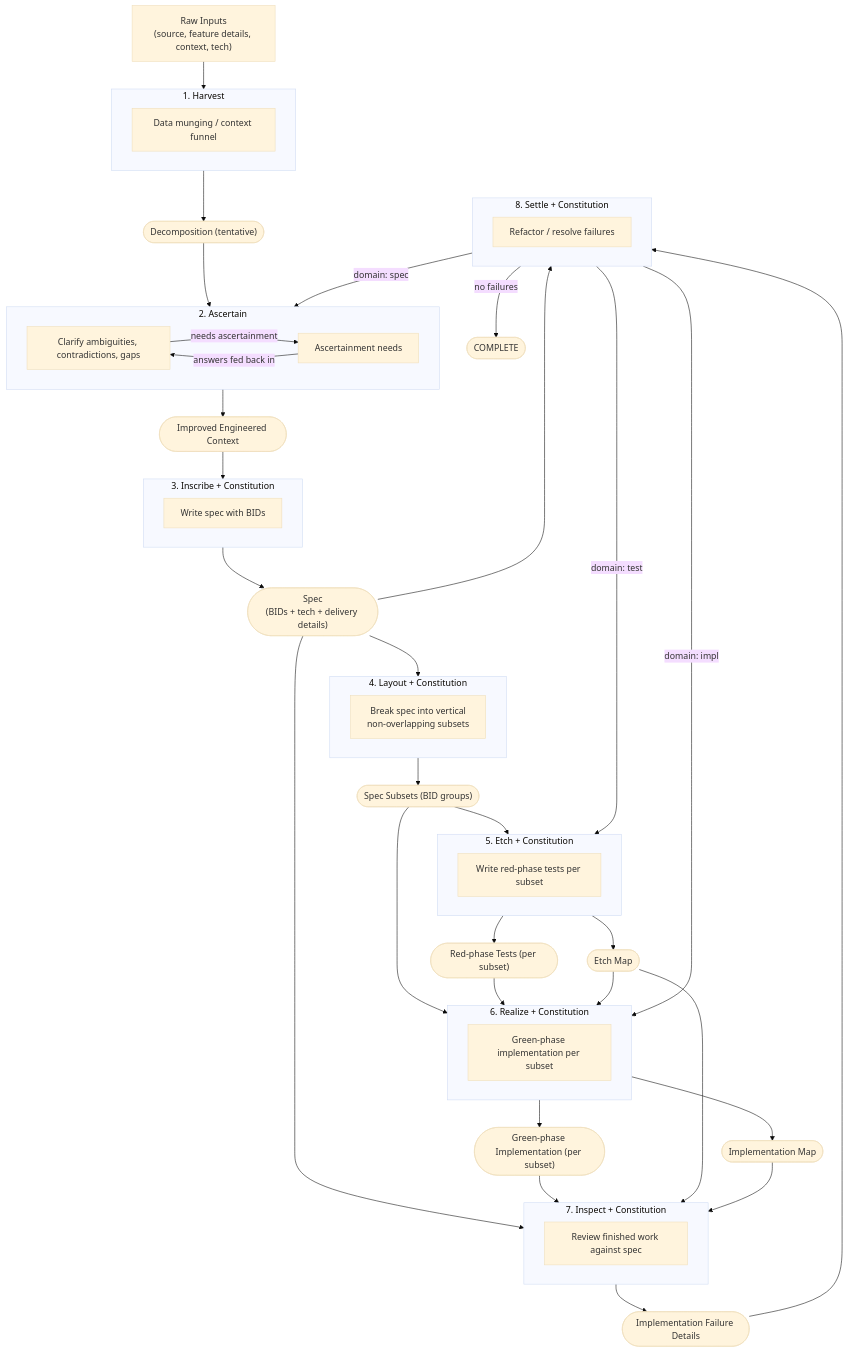
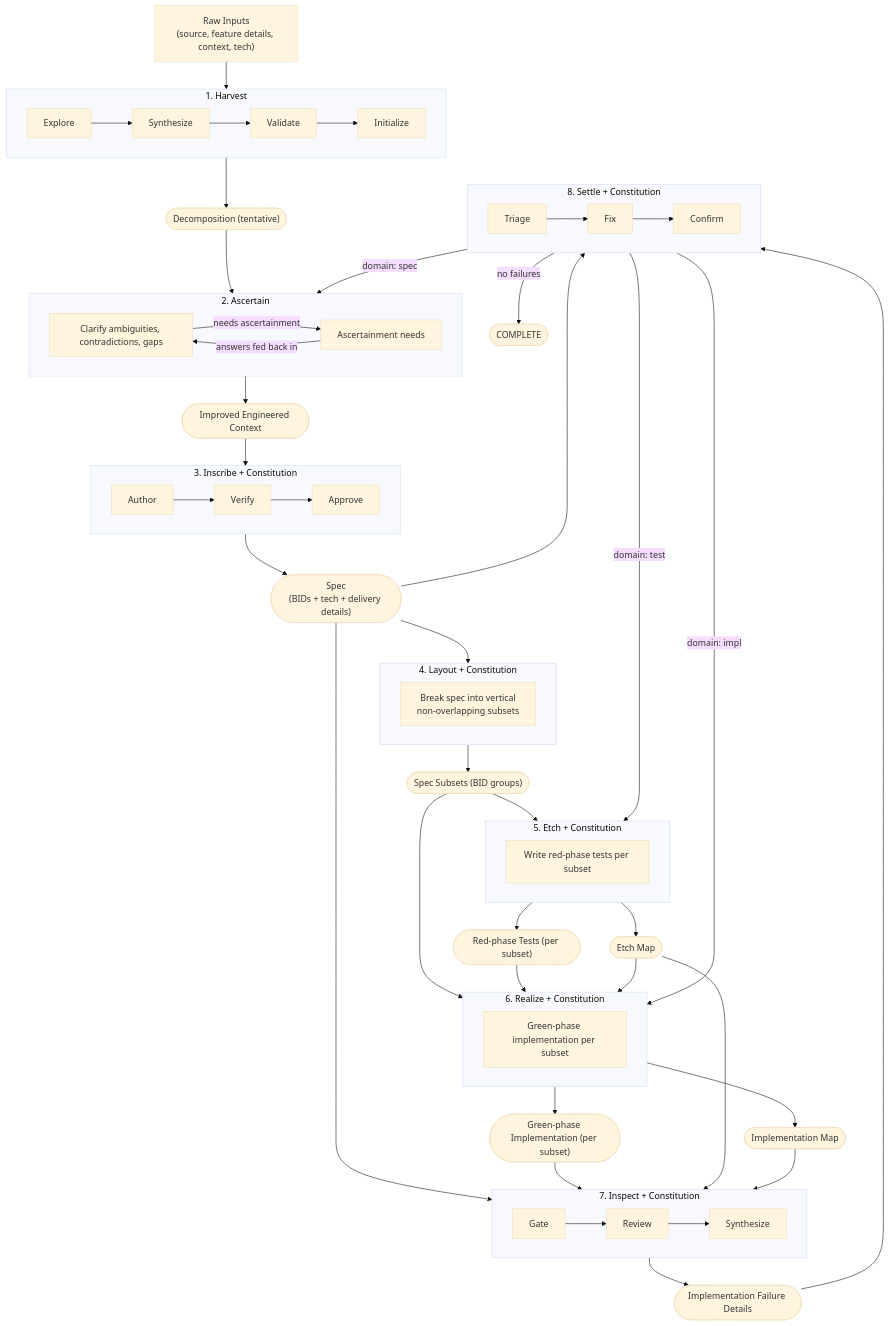
The third of 4 diagrams in docs/diagrams/diagrams.md (v0idbit/haileris), drawn with Mermaid (base theme) before and after one commit. The commit also changed 6 other files, not shown here.

````diff
--- a/docs/diagrams/diagrams.md
+++ b/docs/diagrams/diagrams.md
@@ -116,74 +116,74 @@
 ```mermaid
 flowchart TD
     RAW["Raw Inputs<br>(source, feature details, context, tech)"]
 
     RAW --> H
 
     subgraph H["1. Harvest"]
-        H_P["Data munging / context funnel"]
+        H_E["Explore"] --> H_S["Synthesize"] --> H_V["Validate"] --> H_I["Initialize"]
     end
 
     H --> DEC(["Decomposition (tentative)"])
     DEC --> A
 
     subgraph A["2. Ascertain"]
         A_P["Clarify ambiguities, contradictions, gaps"]
         A_P -->|needs ascertainment| A_OUT_Q["Ascertainment needs"]
         A_OUT_Q -->|answers fed back in| A_P
     end
 
     A --> IEC(["Improved Engineered Context"])
     IEC --> I
 
     subgraph I["3. Inscribe + Constitution"]
-        I_P["Write spec with BIDs"]
+        I_A["Author"] --> I_V["Verify"] --> I_AP["Approve"]
     end
 
     I --> SP(["Spec<br>(BIDs + tech + delivery details)"])
     SP --> L
 
     subgraph L["4. Layout + Constitution"]
         L_P["Break spec into vertical<br>non-overlapping subsets"]
     end
 
     L --> SS(["Spec Subsets (BID groups)"])
     SS --> E
 
     subgraph E["5. Etch + Constitution"]
         E_P["Write red-phase tests per subset"]
     end
 
     E --> RT(["Red-phase Tests (per subset)"])
     E --> ETM2(["Etch Map"])
     SS --> R
     RT --> R
     ETM2 --> R
 
     subgraph R["6. Realize + Constitution"]
         R_P["Green-phase implementation per subset"]
     end
 
     R --> GI(["Green-phase Implementation (per subset)"])
     R --> IM2(["Implementation Map"])
     SP --> IN
     GI --> IN
     ETM2 --> IN
     IM2 --> IN
 
     subgraph IN["7. Inspect + Constitution"]
-        IN_P["Review finished work against spec"]
+        IN_G["Gate"] --> IN_R["Review"] --> IN_S["Synthesize"]
     end
 
     IN --> IF(["Implementation Failure Details"])
     SP --> S
     IF --> S
 
     subgraph S["8. Settle + Constitution"]
-        S_P["Refactor / resolve failures"]
+        S_T["Triage"] --> S_F["Fix"] --> S_C["Confirm"]
     end
 
     S -->|"domain: spec"| A
     S -->|"domain: test"| E
     S -->|"domain: impl"| R
     S -->|no failures| DONE(["COMPLETE"])
 ```
````
